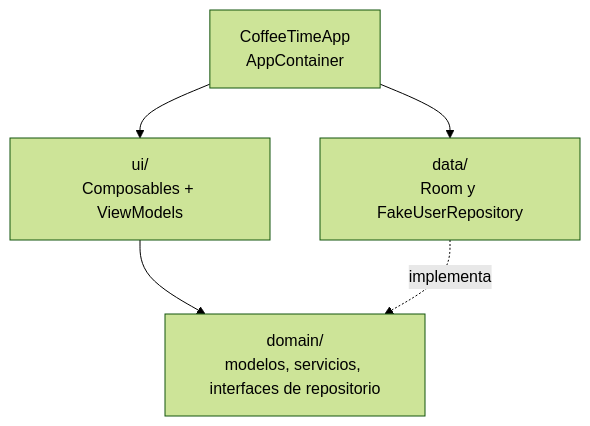
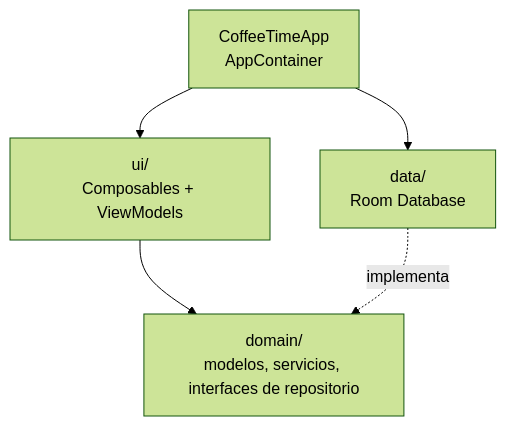
The diagram in README.md (CesarGonzalez2601/coffee-time), drawn with Mermaid (forest theme) before and after one commit. The commit also changed other lines of this file and 1 other file, not shown here.

````diff
--- a/README.md
+++ b/README.md
@@ -84,7 +79,7 @@
 ```mermaid
 flowchart TD
     UI["ui/<br/>Composables + ViewModels"] --> Domain["domain/<br/>modelos, servicios, interfaces de repositorio"]
-    Data["data/<br/>Room y FakeUserRepository"] -. implementa .-> Domain
+    Data["data/<br/>Room Database"] -. implementa .-> Domain
     App["CoffeeTimeApp<br/>AppContainer"] --> UI
     App --> Data
 ```
````
